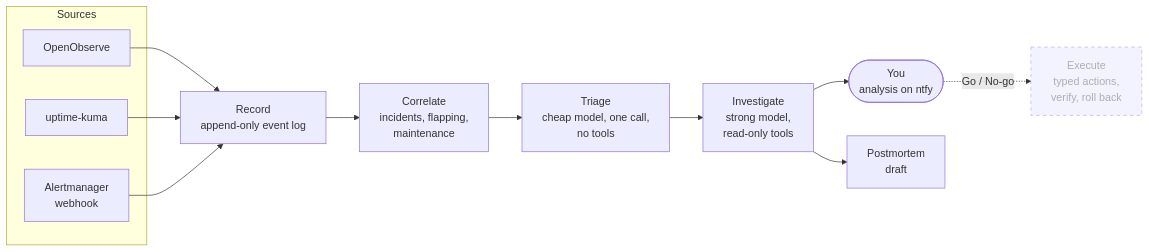
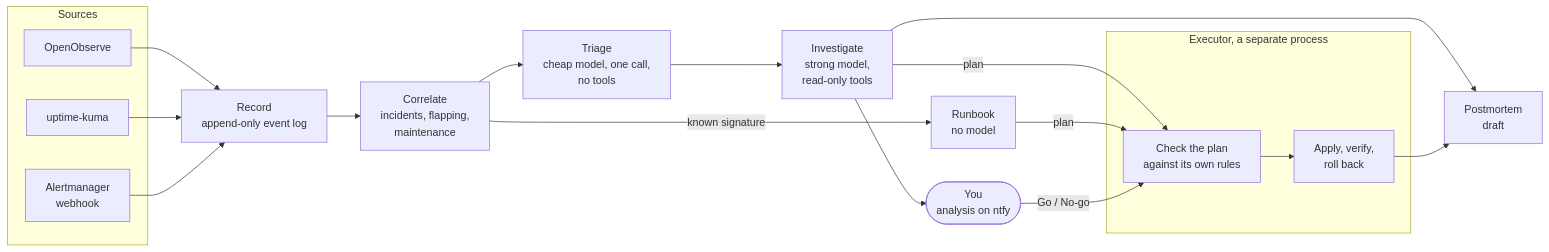
The diagram in README.md (mmornati/paeon), drawn with Mermaid before and after one commit. The commit also changed other lines of this file and 67 other files, not shown here.

````diff
--- a/README.md
+++ b/README.md
@@ -53,18 +61,21 @@
 ```mermaid
 flowchart LR
     subgraph Sources
       OO[OpenObserve]
       UK[uptime-kuma]
       AM[Alertmanager<br/>webhook]
     end
     OO & UK & AM --> REC[Record<br/>append-only event log]
     REC --> COR[Correlate<br/>incidents, flapping,<br/>maintenance]
     COR --> TRI[Triage<br/>cheap model, one call,<br/>no tools]
     TRI --> INV[Investigate<br/>strong model,<br/>read-only tools]
+    COR -- known signature --> RB[Runbook<br/>no model]
     INV --> YOU([You<br/>analysis on ntfy])
     INV --> PM[Postmortem<br/>draft]
-    YOU -. Go / No-go .-> EXE[Execute<br/>typed actions,<br/>verify, roll back]
-
-    classDef planned stroke-dasharray: 5 5,opacity:0.6
-    class EXE planned
+    INV & RB -- plan --> EXE
+    YOU -- Go / No-go --> EXE
+    subgraph Executor [Executor, a separate process]
+      EXE[Check the plan<br/>against its own rules] --> ACT[Apply, verify,<br/>roll back]
+    end
+    ACT --> PM
 ```
````
